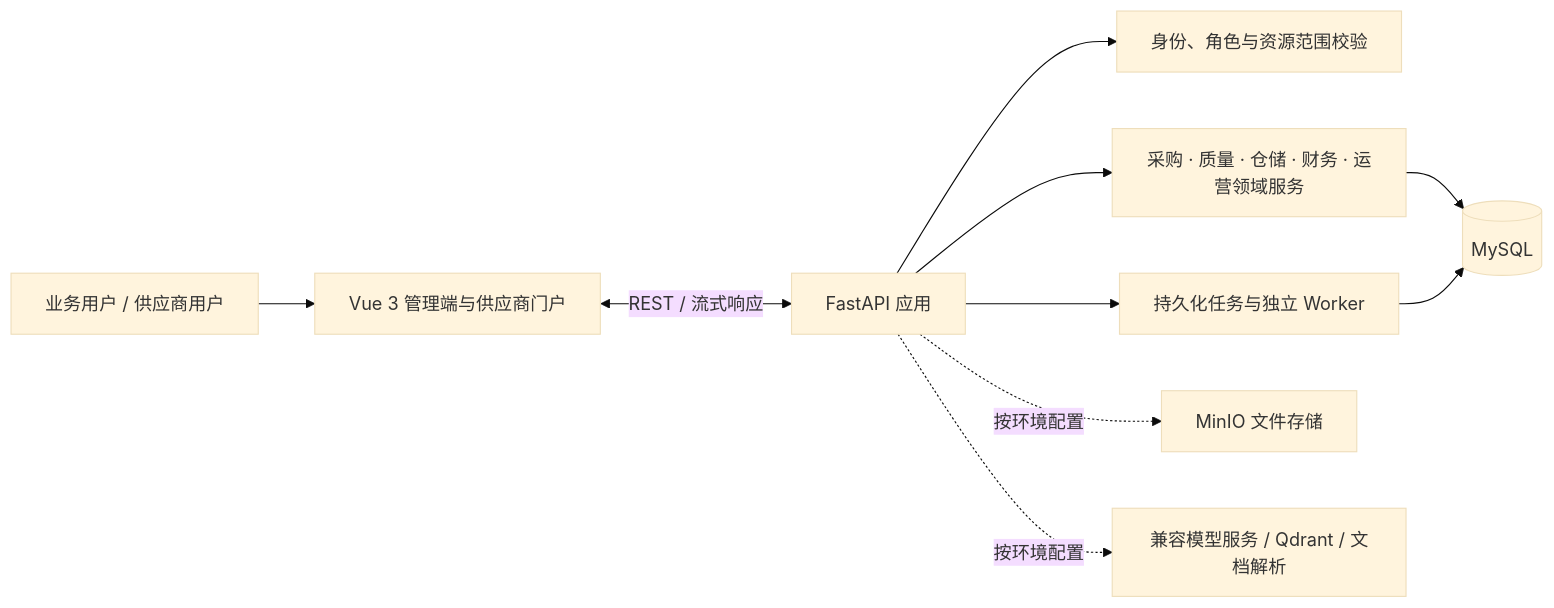
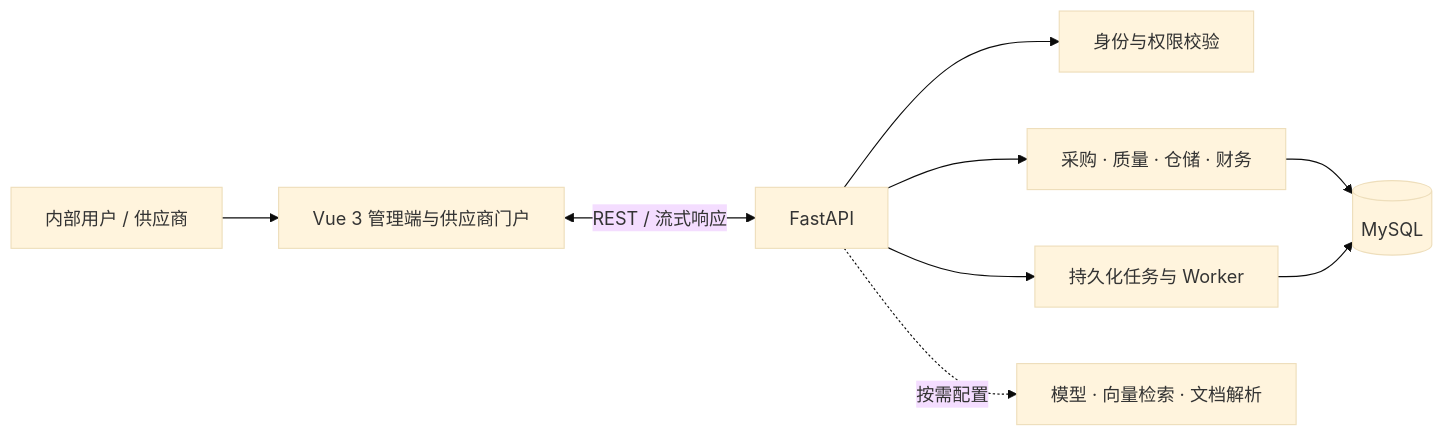
The second of 2 diagrams in README.md (jialexiao341-glitch/chemical-ops), drawn with Mermaid (base theme) before and after one commit. The commit also changed other lines of this file, not shown here.

````diff
--- a/README.md
+++ b/README.md
@@ -117,12 +86,11 @@
 ```mermaid
 flowchart LR
-  U[业务用户 / 供应商用户] --> WEB[Vue 3 管理端与供应商门户]
-  WEB <-->|REST / 流式响应| API[FastAPI 应用]
-  API --> AUTH[身份、角色与资源范围校验]
-  API --> DOMAIN[采购 · 质量 · 仓储 · 财务 · 运营领域服务]
+  U[内部用户 / 供应商] --> WEB[Vue 3 管理端与供应商门户]
+  WEB <-->|REST / 流式响应| API[FastAPI]
+  API --> AUTH[身份与权限校验]
+  API --> DOMAIN[采购 · 质量 · 仓储 · 财务]
   DOMAIN --> DB[(MySQL)]
-  API --> JOBS[持久化任务与独立 Worker]
-  JOBS --> DB
-  API -.按环境配置.-> OBJ[MinIO 文件存储]
-  API -.按环境配置.-> AI[兼容模型服务 / Qdrant / 文档解析]
+  API --> WORKER[持久化任务与 Worker]
+  WORKER --> DB
+  API -.按需配置.-> AI[模型 · 向量检索 · 文档解析]
 ```
````
